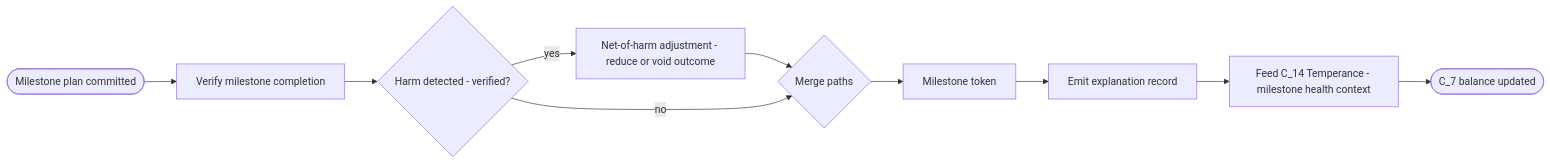
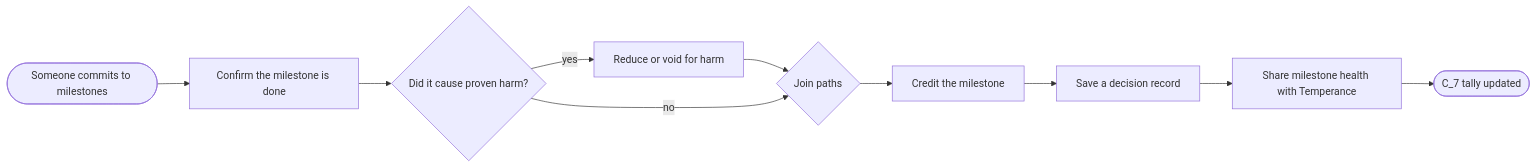
Before and after one commit to vijayee/resonantdao-example: the tenth of 24 diagrams in docs/contribution-economy/README.md, drawn with Mermaid. The commit also changed other lines of this file, not shown here.

````diff
--- a/docs/contribution-economy/README.md
+++ b/docs/contribution-economy/README.md
@@ -193,7 +190,7 @@
 ```mermaid
 flowchart LR
-  S([Milestone plan committed]) --> V[Verify milestone completion] --> G1{Harm detected - verified?}
-  G1 -->|yes| H[Net-of-harm adjustment - reduce or void outcome] --> M
-  G1 -->|no| M{Merge paths}
-  M --> T[Milestone token] --> RC[Emit explanation record] --> F14[Feed C_14 Temperance - milestone health context] --> E1([C_7 balance updated])
+  S([Someone commits to milestones]) --> V[Confirm the milestone is done] --> G1{Did it cause proven harm?}
+  G1 -->|yes| H[Reduce or void for harm] --> M
+  G1 -->|no| M{Join paths}
+  M --> T[Credit the milestone] --> RC[Save a decision record] --> F14[Share milestone health with Temperance] --> E1([C_7 tally updated])
 ```
````
